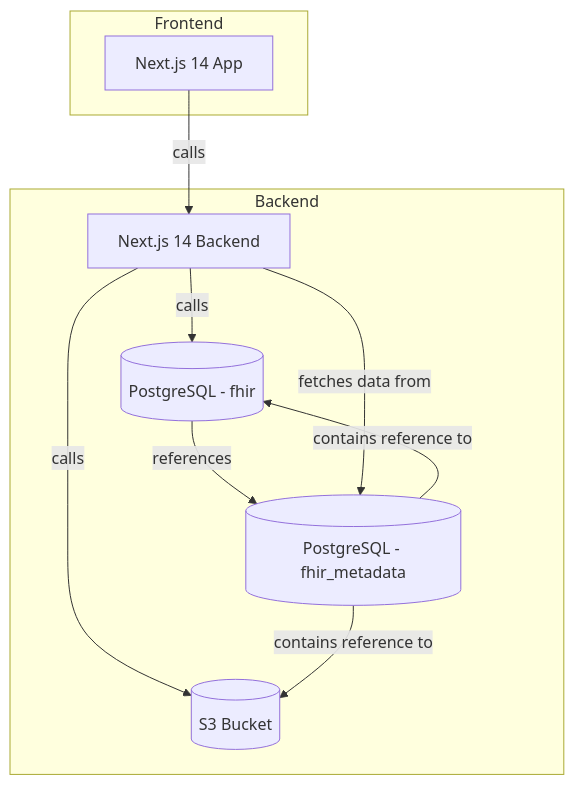
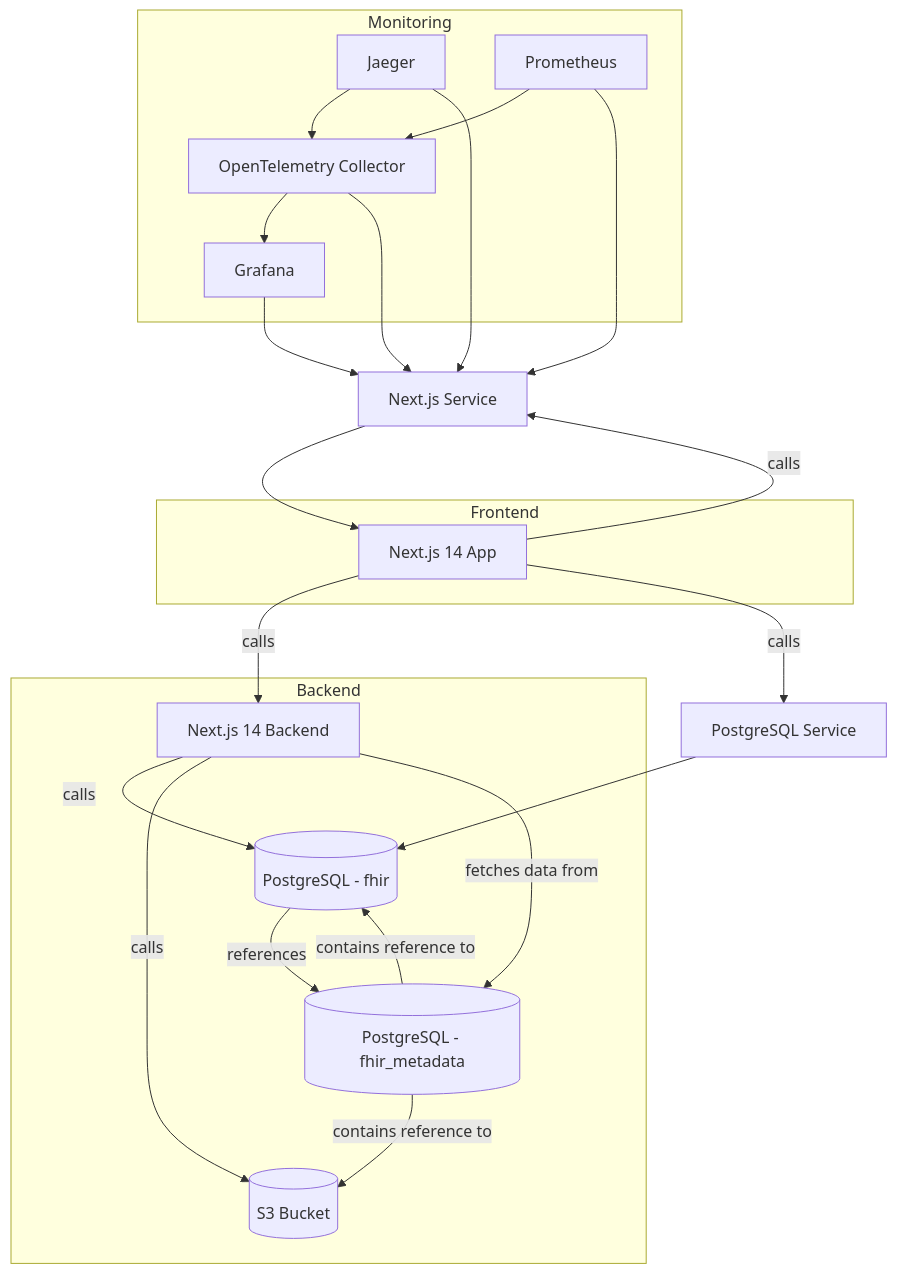
One commit to CDCgov/phdi changed the diagram in containers/ecr-viewer/README.md. Above: the diagram before and after it, drawn with Mermaid.

````diff
--- a/containers/ecr-viewer/README.md
+++ b/containers/ecr-viewer/README.md
@@ -74,18 +74,42 @@
 ```mermaid
 graph TD;
+    subgraph Monitoring
+        Jaeger[Jaeger]
+        Prometheus[Prometheus]
+        OtelCollector[OpenTelemetry Collector]
+        Grafana[Grafana]
+        Jaeger --> OtelCollector
+        Prometheus --> OtelCollector
+        OtelCollector --> Grafana
+    end
+
     subgraph Frontend
         A[Next.js 14 App]
     end
     
     subgraph Backend
         B[Next.js 14 Backend]
         B -->|calls| DB[(PostgreSQL - fhir)]
         B -->|calls| S3[(S3 Bucket)]
         DB -->|references| MetaData[(PostgreSQL - fhir_metadata)]
     end
     
     A -->|calls| B
     B -->|fetches data from| MetaData
     MetaData -->|contains reference to| DB
     MetaData -->|contains reference to| S3
+    
+    DBService[PostgreSQL Service]
+    ECRViewer[Next.js Service]
+
+    DBService --> DB
+    ECRViewer --> A
+
+    A -->|calls| DBService
+    A -->|calls| ECRViewer
+    
+    OtelCollector --> ECRViewer
+    Jaeger --> ECRViewer
+    Prometheus --> ECRViewer
+    Grafana --> ECRViewer
 ``` 
````
